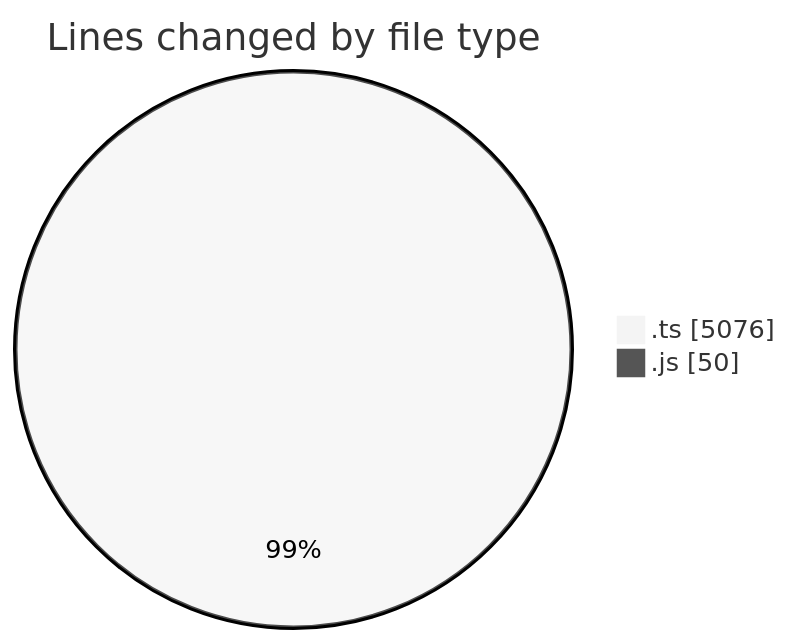
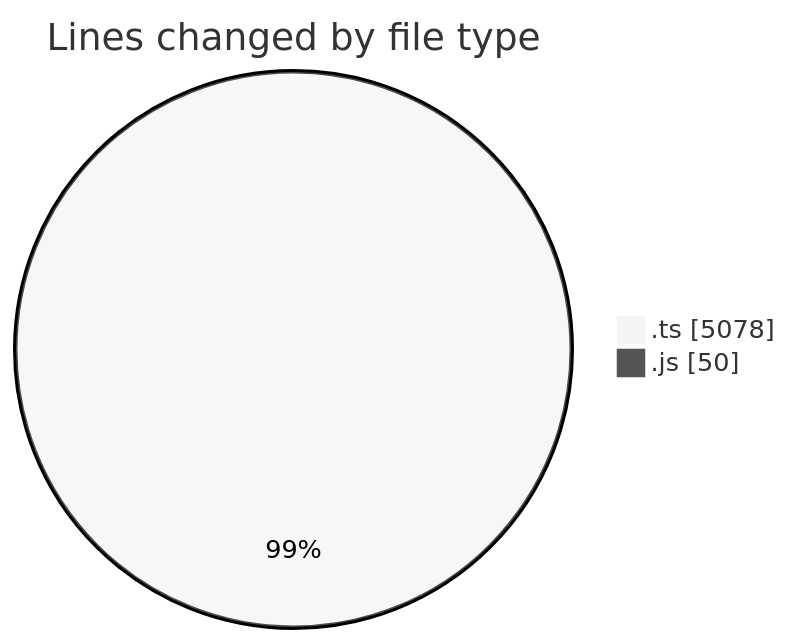
Before and after one commit to tmsrecording-cyber/code-tracking: the first of 2 diagrams in 2026-02-04/singularitybrainai/README.md, drawn with Mermaid (neutral theme). The commit also changed other lines of this file and 1 other file, not shown here.

````diff
--- a/2026-02-04/singularitybrainai/README.md
+++ b/2026-02-04/singularitybrainai/README.md
@@ -26,6 +26,6 @@
 ```mermaid
 pie showData
 title Lines changed by file type
-".ts" : 5076
+".ts" : 5078
 ".js" : 50
 ```
````
